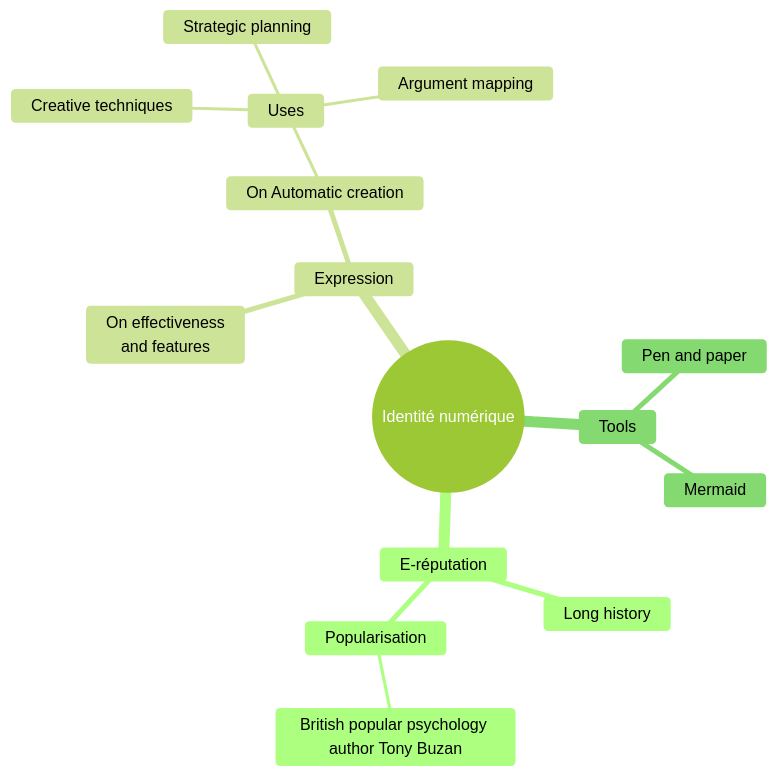
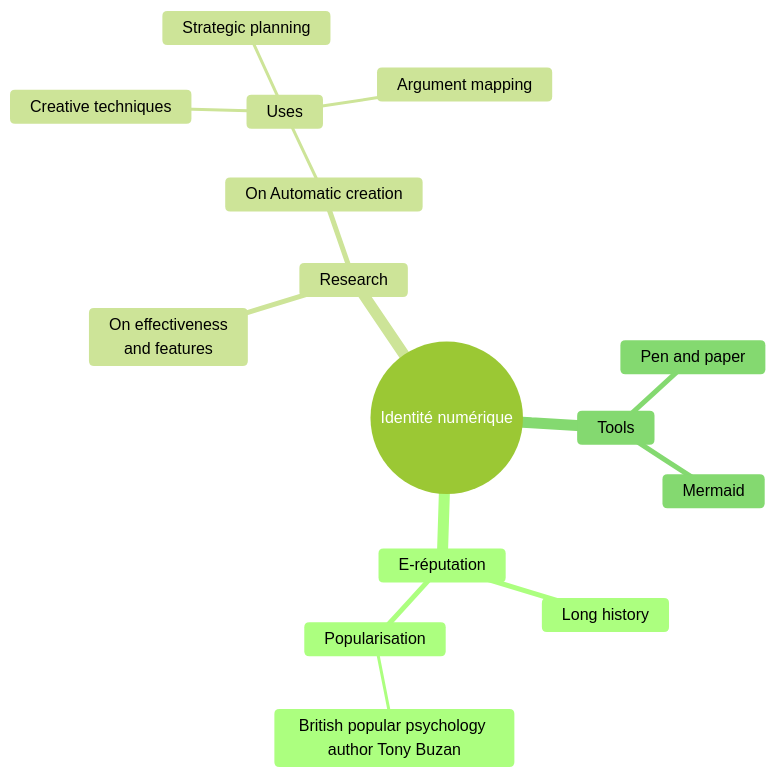
One commit to boddaert/snt changed the diagram in seconde/Réseaux sociaux/Identite_numerique.md. Above: the diagram before and after it, drawn with Mermaid.

Commit message:
id numerique

````diff
--- a/seconde/Réseaux sociaux/Identite_numerique.md
+++ b/seconde/Réseaux sociaux/Identite_numerique.md
@@ -7,20 +7,20 @@
 ```mermaid
 %%{init: { 'logLevel': 'debug', 'theme': 'forest'}}%%
 mindmap
   root((Identité numérique))
     E-réputation
       Long history
       ::icon(fa fa-book)
       Popularisation
         British popular psychology author Tony Buzan
-    Expression
+    Research
       On effectiveness<br/>and features
       On Automatic creation
         Uses
             Creative techniques
             Strategic planning
             Argument mapping
     Tools
       Pen and paper
       Mermaid
 ```
````
